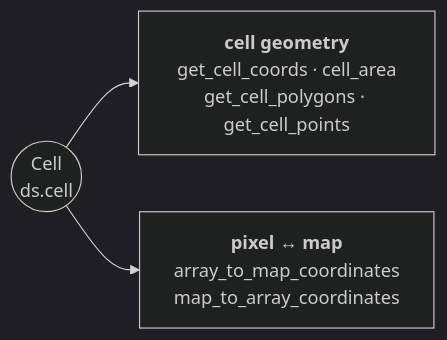
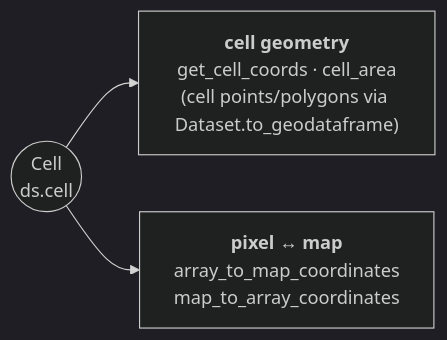
The diagram in docs/reference/dataset/cell.md (serapeum-org/pyramids), drawn with Mermaid (dark theme) before and after one commit. The commit also changed 33 other files, not shown here.

First line of the commit message:
feat(dataset)!: add to_dataframe/to_geodataframe, consolidate cell exports (#1213)

````diff
--- a/docs/reference/dataset/cell.md
+++ b/docs/reference/dataset/cell.md
@@ -5,6 +5,6 @@
 ```mermaid
 flowchart LR
     CE(("Cell<br/>ds.cell"))
-    CE --> G["<b>cell geometry</b><br/>get_cell_coords · cell_area<br/>get_cell_polygons · get_cell_points"]
+    CE --> G["<b>cell geometry</b><br/>get_cell_coords · cell_area<br/>(cell points/polygons via Dataset.to_geodataframe)"]
     CE --> P["<b>pixel ↔ map</b><br/>array_to_map_coordinates<br/>map_to_array_coordinates"]
 ```
````
